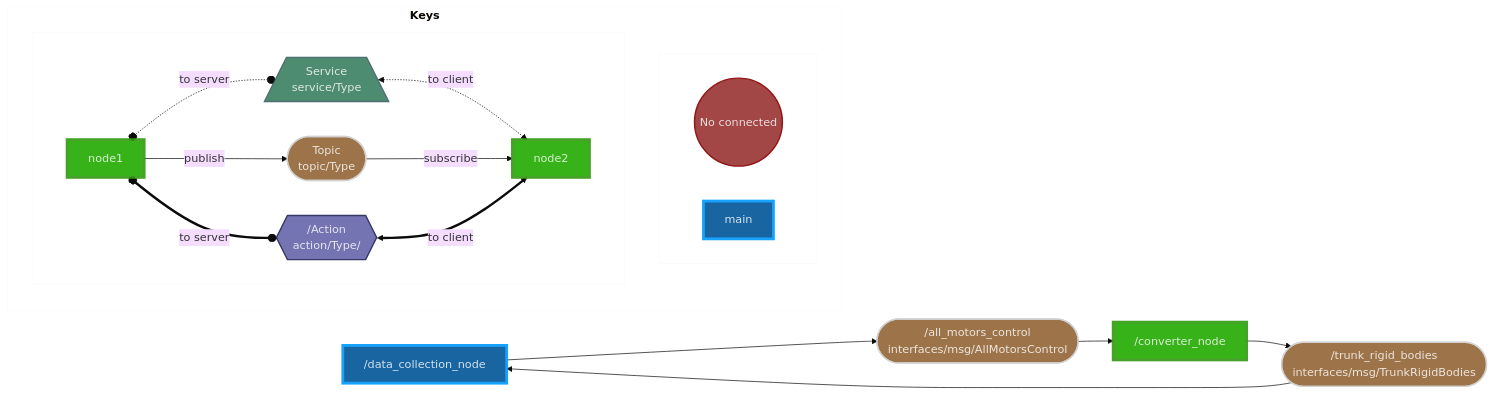
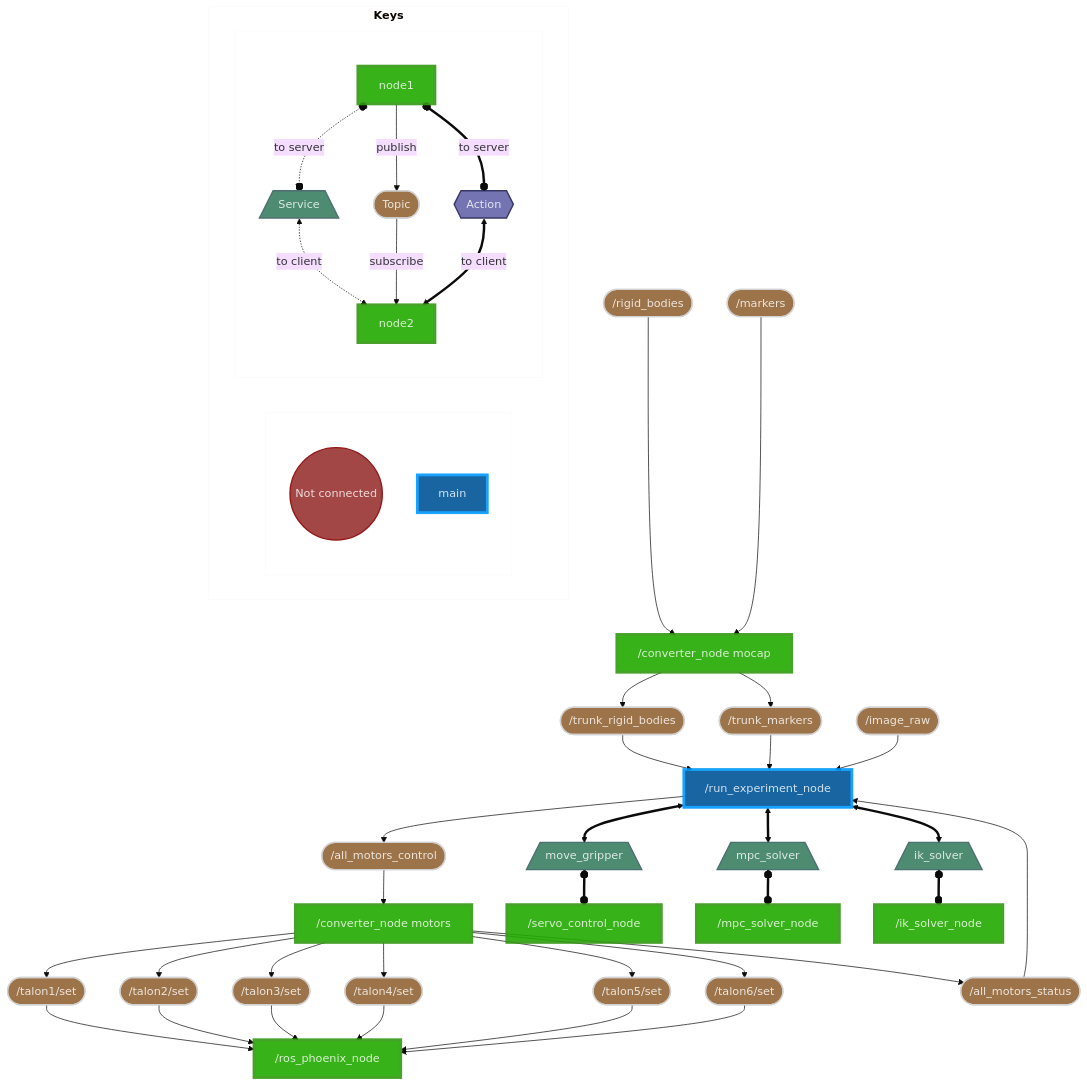
Before and after one commit to StanfordASL/trunk-stack: the diagram in docs/software_design.md, drawn with Mermaid (base theme). The commit also changed other lines of this file and 1 other file, not shown here.

Commit message:
Update ros2 grpah

````diff
--- a/docs/software_design.md
+++ b/docs/software_design.md
@@ -10,36 +13,84 @@
 ```mermaid
-flowchart LR
+flowchart 
 
-/data_collection_node[ /data_collection_node ]:::main
-/converter_node[ /converter_node ]:::node
-/trunk_rigid_bodies([ /trunk_rigid_bodies<br>interfaces/msg/TrunkRigidBodies ]):::topic
-/all_motors_control([ /all_motors_control<br>interfaces/msg/AllMotorsControl ]):::topic
+/run_experiment_node[ /run_experiment_node ]:::main
 
+/converter_node_motors[ /converter_node motors ]:::node
+/converter_node_mocap[ /converter_node mocap ]:::node
+/ros_phoenix_node[ /ros_phoenix_node ]:::node
+%% /mocap4ros2_optitrack_node[ /mocap4ros2_optitrack_node ]:::node
+%% /v4l2_camera_node[ /v4l2_camera_node ]:::node
+/servo_control_node[ /servo_control_node ]:::node
+/mpc_solver_node[ /mpc_solver_node ]:::node
 
-/trunk_rigid_bodies --> /data_collection_node
-/all_motors_control --> /converter_node
-/data_collection_node --> /all_motors_control
-/converter_node --> /trunk_rigid_bodies
+/rigid_bodies([ /rigid_bodies ]):::topic
+/markers([ /markers ]):::topic
+/trunk_rigid_bodies([ /trunk_rigid_bodies ]):::topic
+/trunk_markers([ /trunk_markers ]):::topic
+/image_raw([ /image_raw ]):::topic
+/talon1_set([ /talon1/set ]):::topic
+/talon2_set([ /talon2/set ]):::topic
+/talon3_set([ /talon3/set ]):::topic
+/talon4_set([ /talon4/set ]):::topic
+/talon5_set([ /talon5/set ]):::topic
+/talon6_set([ /talon6/set ]):::topic
+%% /talon1_status([ /talon1/status ]):::topic
+%% /talon2_status([ /talon2/status ]):::topic
+%% /talon3_status([ /talon3/status ]):::topic
+%% /talon4_status([ /talon4/status ]):::topic
+%% /talon5_status([ /talon5/status ]):::topic
+%% /talon6_status([ /talon6/status ]):::topic
+/all_motors_status([ /all_motors_status ]):::topic
+/all_motors_control([ /all_motors_control ]):::topic
 
+/move_gripper[/move_gripper\]:::service
+/mpc_solver[/mpc_solver\]:::service
+/ik_solver[/ik_solver\]:::service
 
+/run_experiment_node --> /all_motors_control --> /converter_node_motors
+/converter_node_motors --> /talon1_set --> /ros_phoenix_node
+/converter_node_motors --> /talon2_set --> /ros_phoenix_node
+/converter_node_motors --> /talon3_set --> /ros_phoenix_node
+/converter_node_motors --> /talon4_set --> /ros_phoenix_node
+/converter_node_motors --> /talon5_set --> /ros_phoenix_node
+/converter_node_motors --> /talon6_set --> /ros_phoenix_node
+%% /ros_phoenix_node --> /talon1_status --> /converter_node_motors
+%% /ros_phoenix_node --> /talon2_status --> /converter_node_motors
+%% /ros_phoenix_node --> /talon3_status --> /converter_node_motors
+%% /ros_phoenix_node --> /talon4_status --> /converter_node_motors
+%% /ros_phoenix_node --> /talon5_status --> /converter_node_motors
+%% /ros_phoenix_node --> /talon6_status --> /converter_node_motors
+/converter_node_motors --> /all_motors_status --> /run_experiment_node
 
+/rigid_bodies --> /converter_node_mocap
+/markers --> /converter_node_mocap
+/converter_node_mocap --> /trunk_rigid_bodies --> /run_experiment_node
+/converter_node_mocap --> /trunk_markers --> /run_experiment_node
+
+%% /v4l2_camera_node --> /image_raw --> /run_experiment_node
+/image_raw --> /run_experiment_node
+
+/run_experiment_node <==> /move_gripper o==o /servo_control_node
+/run_experiment_node <==> /mpc_solver o==o /mpc_solver_node 
+/run_experiment_node <==> /ik_solver o==o /ik_solver_node 
 
 subgraph keys[<b>Keys<b/>]
 subgraph nodes[<b><b/>]
-topicb((No connected)):::bugged
+topicb((Not connected)):::bugged
 main_node[main]:::main
 end
 subgraph connection[<b><b/>]
 node1[node1]:::node
 node2[node2]:::node
-node1 o-.-o|to server| service[/Service<br>service/Type\]:::service
+node1 o-.-o|to server| service[/Service\]:::service
 service <-.->|to client| node2
-node1 -->|publish| topic([Topic<br>topic/Type]):::topic
+node1 -->|publish| topic([Topic]):::topic
 topic -->|subscribe| node2
-node1 o==o|to server| action{{/Action<br>action/Type/}}:::action
+node1 o==o|to server| action{{Action}}:::action
 action <==>|to client| node2
 end
 end
+
 classDef node opacity:0.9,fill:#2A0,stroke:#391,stroke-width:4px,color:#fff
 classDef action opacity:0.9,fill:#66A,stroke:#225,stroke-width:2px,color:#fff
 classDef service opacity:0.9,fill:#3B8062,stroke:#3B6062,stroke-width:2px,color:#fff
````
